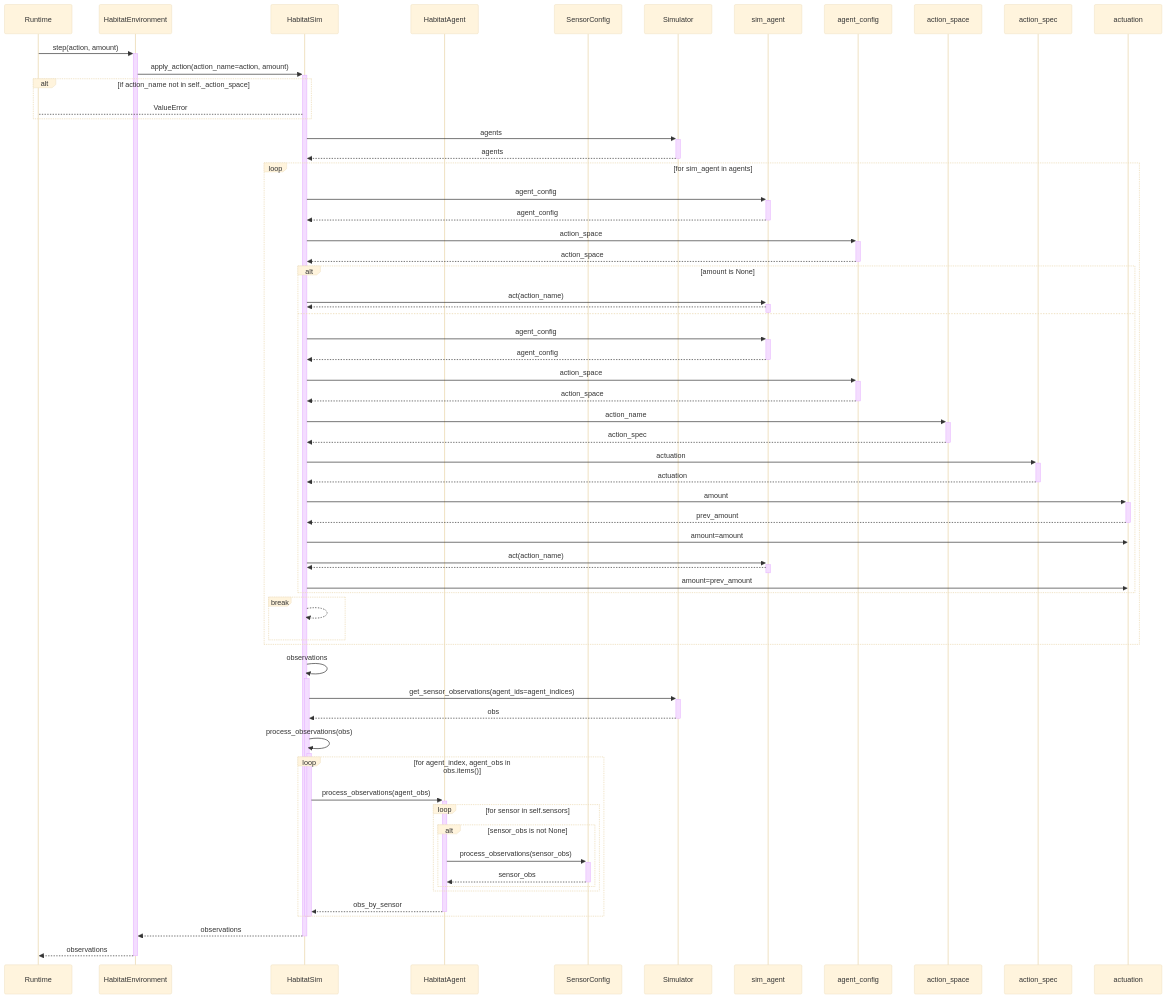
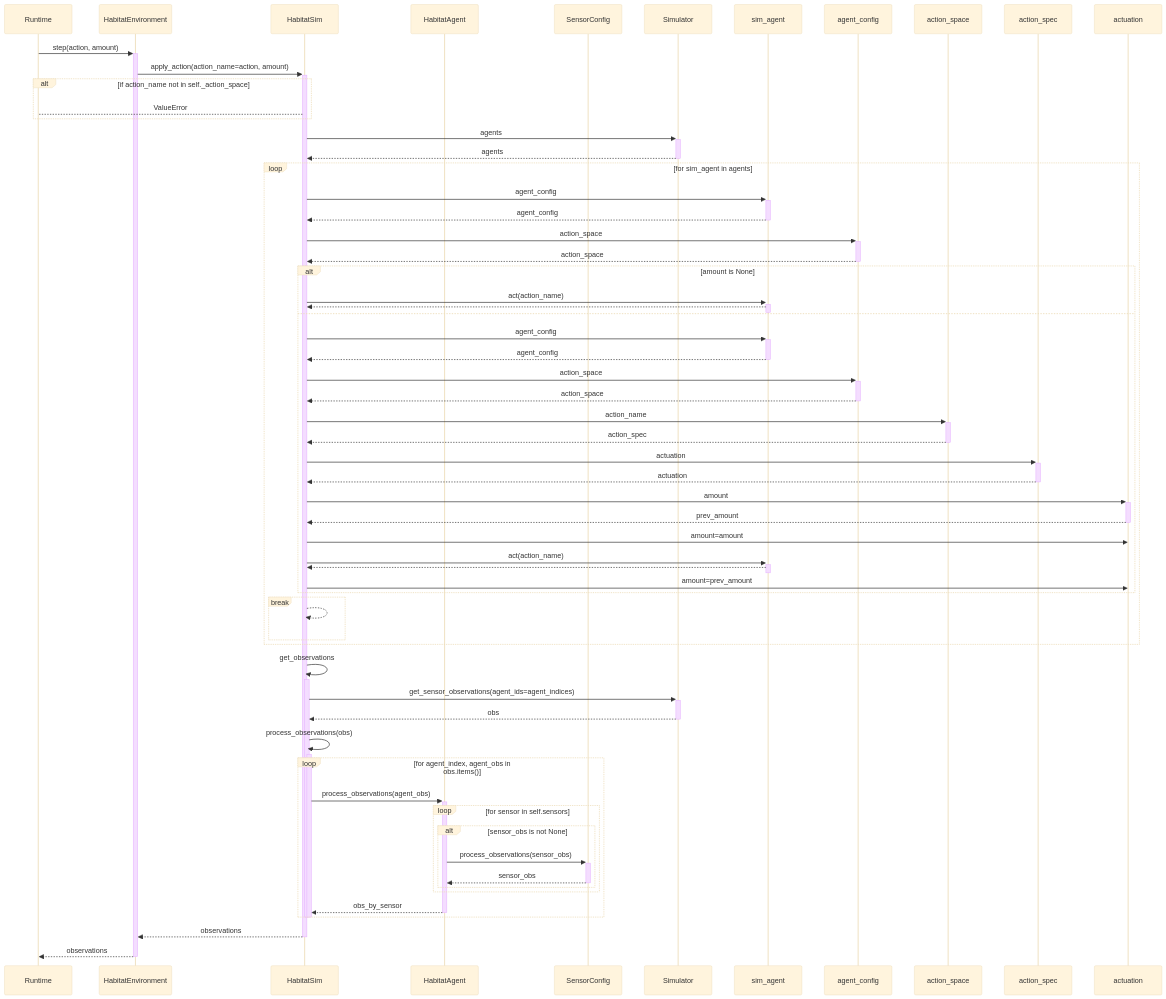
The diagram in rfcs/0004_action_object/habitatenv_step_seq_diagram_current.md (thousandbrainsproject/tbp.monty), drawn with Mermaid (base theme) before and after one commit. The commit also changed 2 other files, not shown here.

Commit message:
Revert changes to merged RFC 4.

````diff
--- a/rfcs/0004_action_object/habitatenv_step_seq_diagram_current.md
+++ b/rfcs/0004_action_object/habitatenv_step_seq_diagram_current.md
@@ -1,65 +1,65 @@
 ```mermaid
 sequenceDiagram
     participant R as Runtime
     participant HE as HabitatEnvironment
     participant HS as HabitatSim
     participant HA as HabitatAgent
     participant SC as SensorConfig
     participant S as Simulator
 
     R ->>+ HE : step(action, amount)
     HE ->>+ HS : apply_action(action_name=action, amount)
     alt if action_name not in self._action_space
         HS --> R : ValueError
     end
     HS ->>+ S : agents
     S -->>- HS : agents
     loop for sim_agent in agents
         HS ->>+ sim_agent : agent_config
         sim_agent -->>- HS : agent_config
         HS ->>+ agent_config : action_space
         agent_config -->>- HS : action_space
         alt amount is None
             HS ->>+ sim_agent : act(action_name)
             sim_agent -->>- HS :
         else
             HS ->>+ sim_agent : agent_config
             sim_agent -->>- HS : agent_config
             HS ->>+ agent_config : action_space
             agent_config -->>- HS : action_space
             HS ->>+ action_space : action_name
             action_space -->>- HS : action_spec
             HS ->>+ action_spec : actuation
             action_spec -->>- HS : actuation
             HS ->>+ actuation : amount
             actuation -->>- HS : prev_amount
             HS ->> actuation : amount=amount
             HS ->>+ sim_agent : act(action_name)
             sim_agent -->>- HS :
             HS ->> actuation : amount=prev_amount
         end
         break
             HS -->> HS :
         end
     end
-    HS ->> HS : observations
+    HS ->> HS : get_observations
     activate HS
         HS ->>+ S : get_sensor_observations(agent_ids=agent_indices)
         S -->>- HS : obs
         HS ->> HS : process_observations(obs)
         activate HS
             loop for agent_index, agent_obs in obs.items()
                 HS ->>+ HA : process_observations(agent_obs)
                 loop for sensor in self.sensors
                     alt sensor_obs is not None
                         HA ->>+ SC : process_observations(sensor_obs)
                         SC -->>- HA : sensor_obs
                     end
                 end
                 HA -->>- HS : obs_by_sensor
             end
         deactivate HS
     deactivate HS
     HS -->>- HE : observations
     HE -->>- R : observations
 ```
````
